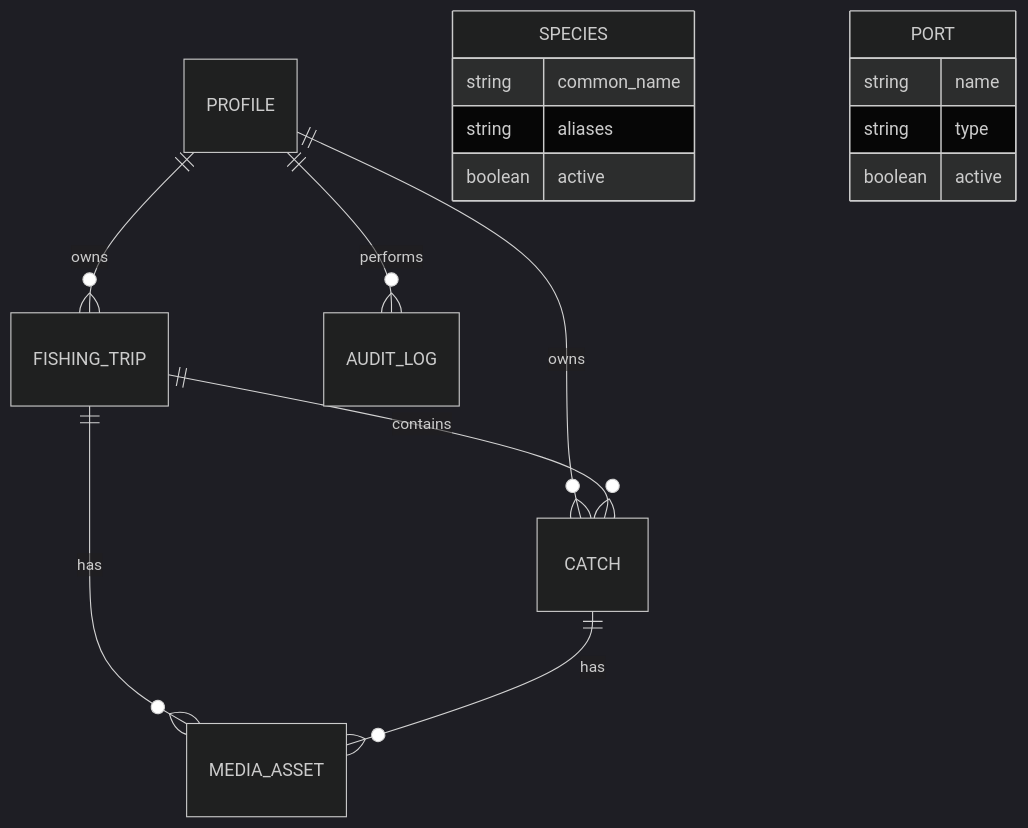
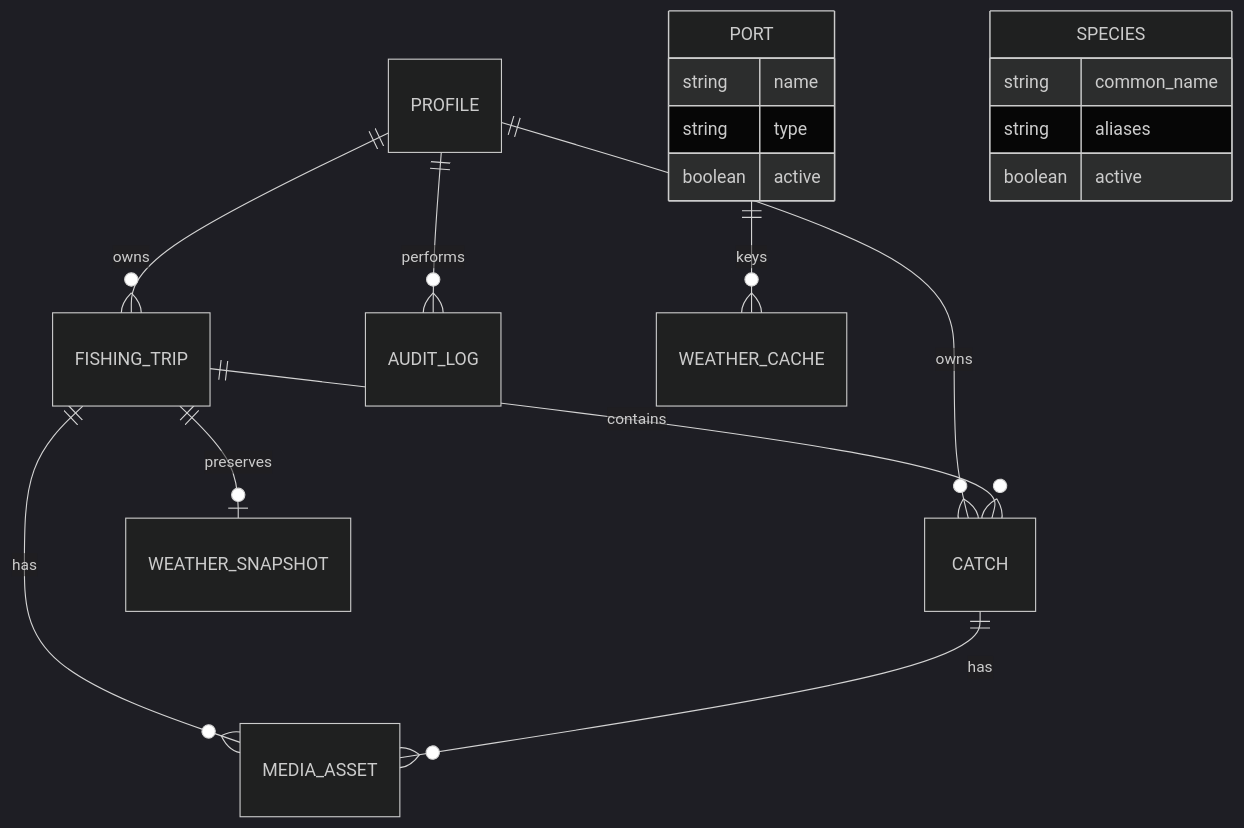
One commit to dsabidoc/Yucafish changed the second of 2 diagrams in docs/ARCHITECTURE.md. Above: the diagram before and after it, drawn with Mermaid (dark theme). The commit also changed other lines of this file and 33 other files, not shown here.

````diff
--- a/docs/ARCHITECTURE.md
+++ b/docs/ARCHITECTURE.md
@@ -21,11 +21,13 @@
 ```mermaid
 erDiagram
   PROFILE ||--o{ FISHING_TRIP : owns
   PROFILE ||--o{ CATCH : owns
   FISHING_TRIP ||--o{ CATCH : contains
   FISHING_TRIP ||--o{ MEDIA_ASSET : has
   CATCH ||--o{ MEDIA_ASSET : has
   PROFILE ||--o{ AUDIT_LOG : performs
+  FISHING_TRIP ||--o| WEATHER_SNAPSHOT : preserves
+  PORT ||--o{ WEATHER_CACHE : keys
   SPECIES { string common_name string aliases boolean active }
   PORT { string name string type boolean active }
 ```
````
